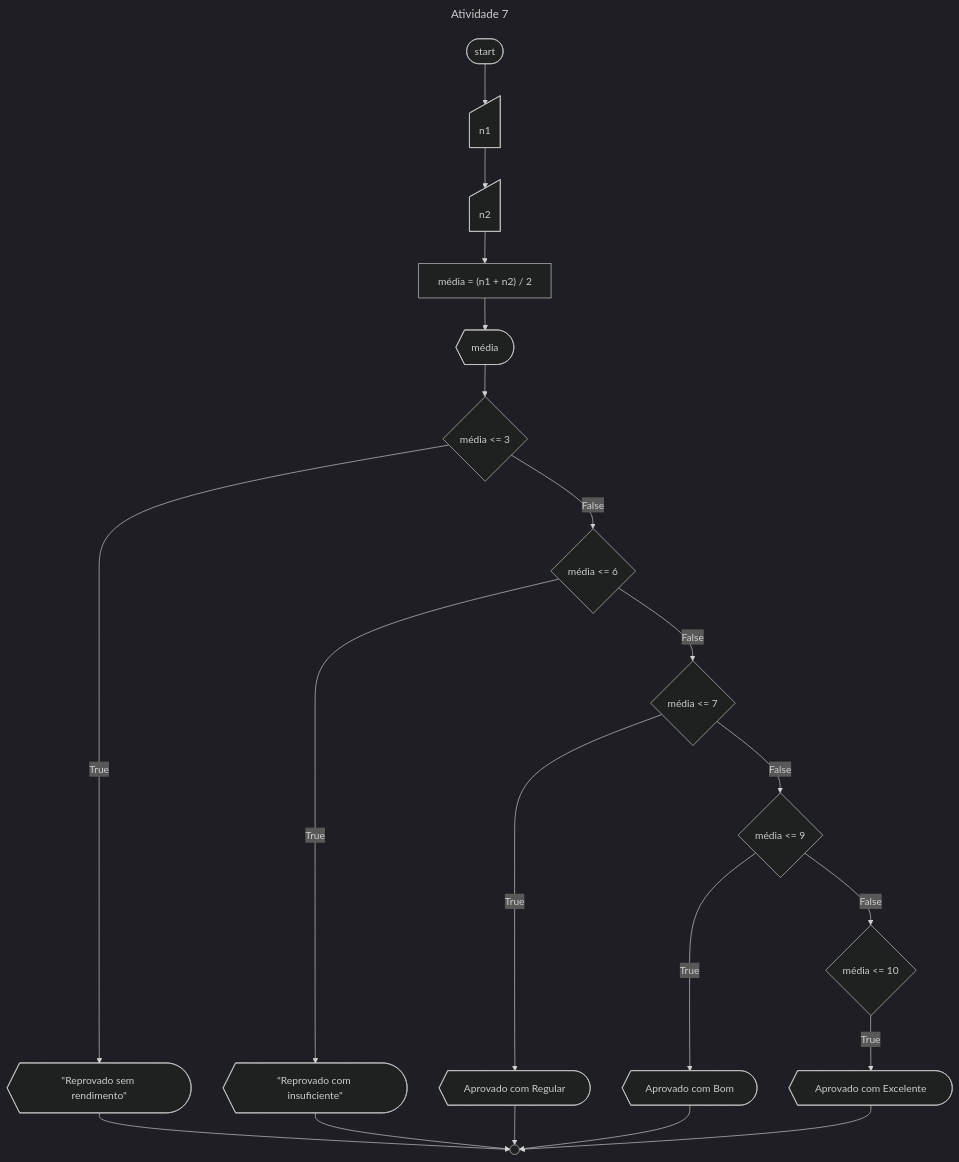
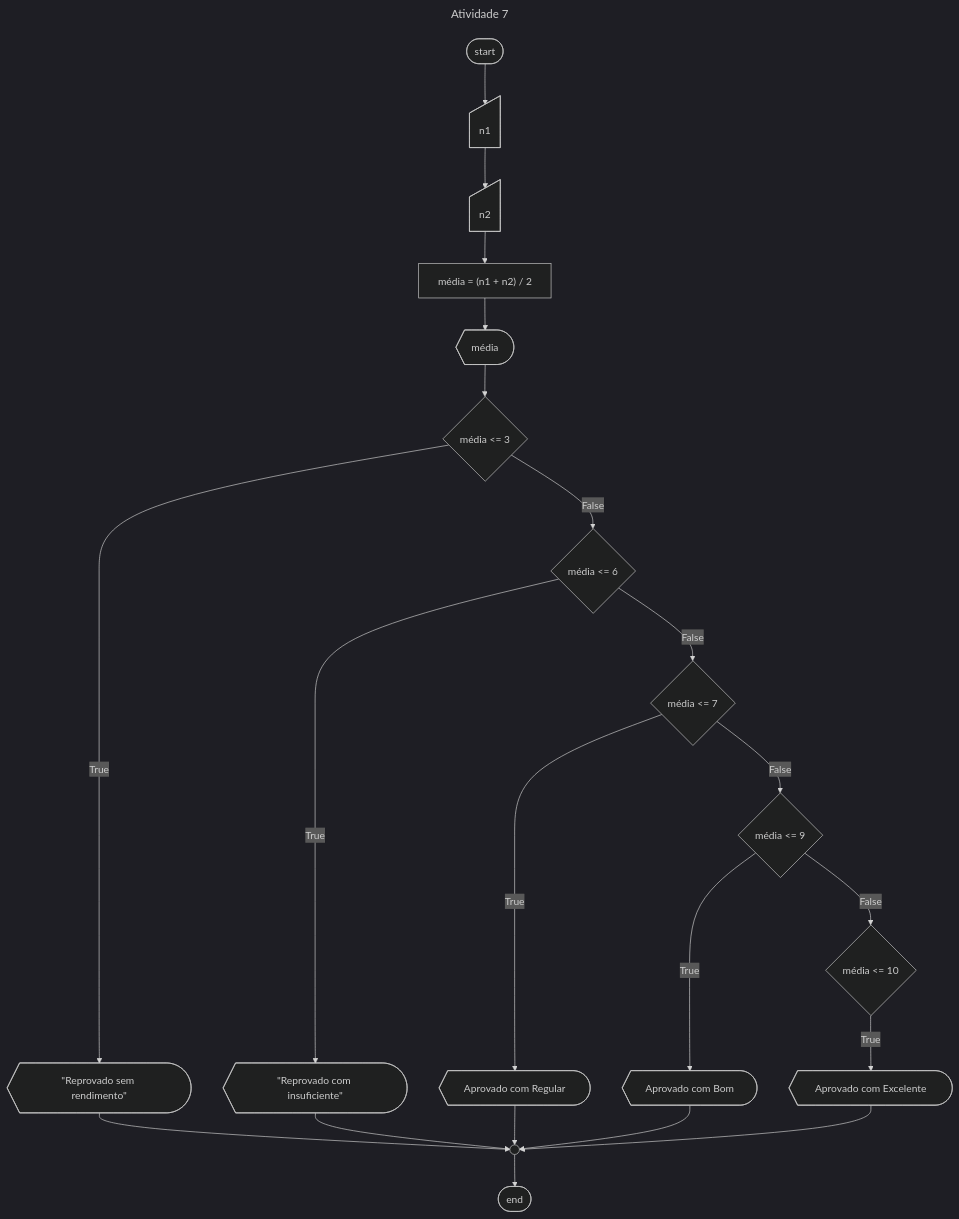
The first of 2 diagrams in Parte-2/README.md (kf-martins-uel/algoritmos-atividade1), drawn with Mermaid (dark theme) before and after one commit. The commit also changed other lines of this file, not shown here.

````diff
--- a/Parte-2/README.md
+++ b/Parte-2/README.md
@@ -63,25 +63,26 @@
 ```mermaid
 ---
 title: Atividade 7
 ---
 flowchart TB
     start([start]) --> n1@{shape: manual-input} --> n2@{shape: manual-input}
     n2 --> media["média = (n1 + n2) / 2"]
     media --> média@{shape: display} --> if1{"`média <= 3`"}
     if1 -->|True| r@{shape: display, label: "\"Reprovado sem rendimento\""}
     if1 -->|False| if2{"média <= 6"}
     if2 -->|True| r2@{shape: display, label: "\"Reprovado com insuficiente\""}
     if2 -->|False| if3{"média <= 7"}
     if3 -->|True| a@{shape: display, label: "Aprovado com Regular"}
     if3 -->|False| if4{"média <= 9"}
     if4 -->|True| a2@{shape: display, label: "Aprovado com Bom"}
     if4 -->|False| if5{"média <= 10"}
     if5 -->|True| a3@{shape: display, label: "Aprovado com Excelente"}
 
-    r --> c@{shape: circle, label: " ", widh: 10}
+    r --> c
     r2 --> c
     a --> c
     a2 --> c
     a3 --> c
+    c@{shape: circle, label: " "} --> final([end])
 
 ```
````
